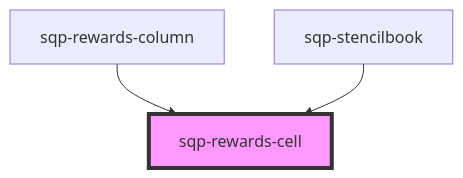
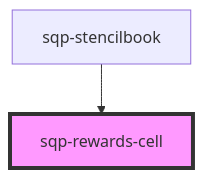
The diagram in packages/paypal-components/src/components/sqp-rewards-cell/readme.md (saasquatch/program-tools), drawn with Mermaid before and after one commit. The commit also changed other lines of this file and 12 other files, not shown here.

````diff
--- a/packages/paypal-components/src/components/sqp-rewards-cell/readme.md
+++ b/packages/paypal-components/src/components/sqp-rewards-cell/readme.md
@@ -36,6 +35,5 @@
 ```mermaid
 graph TD;
-  sqp-rewards-column --> sqp-rewards-cell
   sqp-stencilbook --> sqp-rewards-cell
   style sqp-rewards-cell fill:#f9f,stroke:#333,stroke-width:4px
 ```
````
